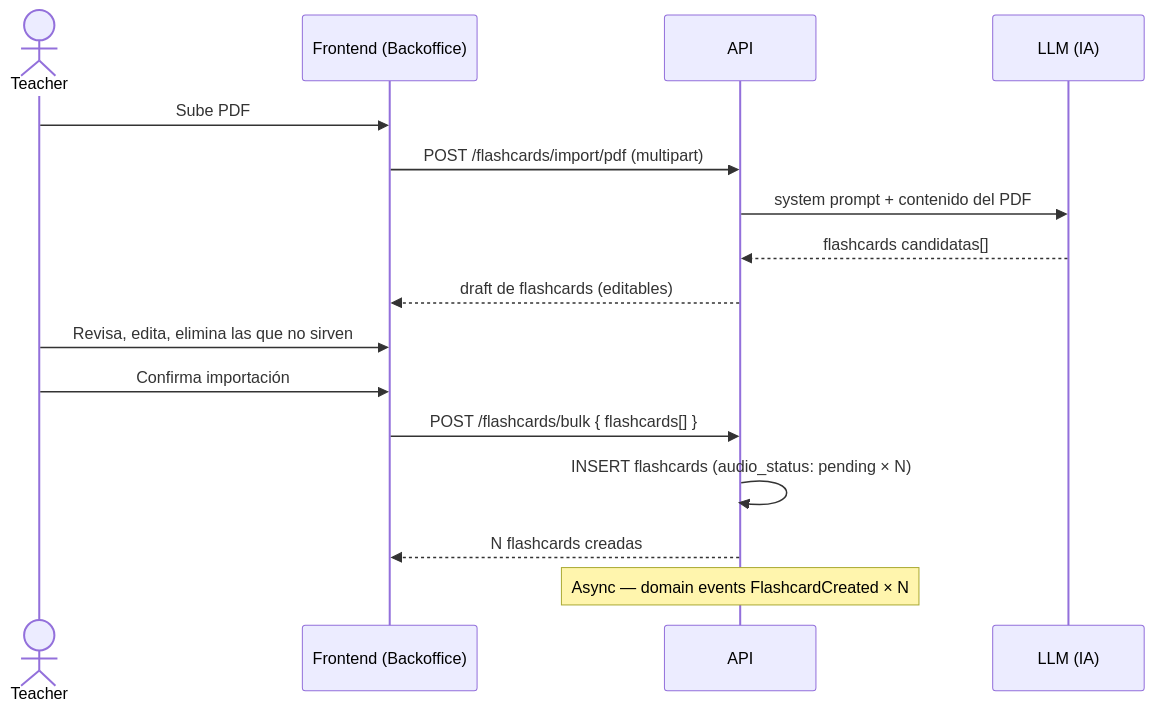
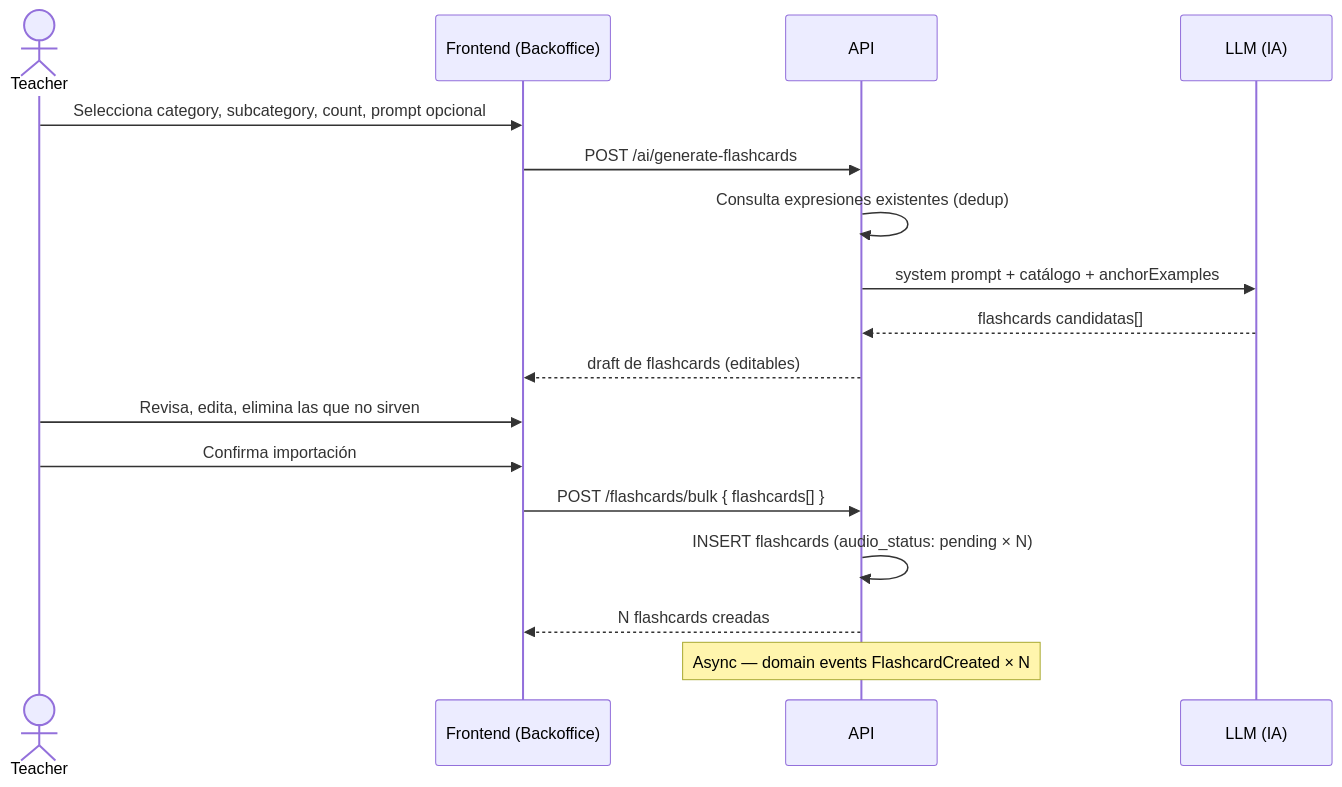
One commit to AbrahamVilchesDeLaCruz/ididntcatchthat changed the second of 2 diagrams in docs/domain/content-backoffice.md. Above: the diagram before and after it, drawn with Mermaid. The commit also changed other lines of this file and 21 other files, not shown here.

First line of the commit message:
docs(content): add unified taxonomy spec, ADR-024 and API diagrams

````diff
--- a/docs/domain/content-backoffice.md
+++ b/docs/domain/content-backoffice.md
@@ -177,19 +181,20 @@
 ```mermaid
 sequenceDiagram
     actor T as Teacher
     participant FE as Frontend (Backoffice)
     participant API as API
     participant LLM as LLM (IA)
 
-    T->>FE: Sube PDF
-    FE->>API: POST /flashcards/import/pdf (multipart)
-    API->>LLM: system prompt + contenido del PDF
+    T->>FE: Selecciona category, subcategory, count, prompt opcional
+    FE->>API: POST /ai/generate-flashcards
+    API->>API: Consulta expresiones existentes (dedup)
+    API->>LLM: system prompt + catálogo + anchorExamples
     LLM-->>API: flashcards candidatas[]
     API-->>FE: draft de flashcards (editables)
     T->>FE: Revisa, edita, elimina las que no sirven
     T->>FE: Confirma importación
     FE->>API: POST /flashcards/bulk { flashcards[] }
     API->>API: INSERT flashcards (audio_status: pending × N)
     API-->>FE: N flashcards creadas
     Note over API: Async — domain events FlashcardCreated × N
 ```
````
